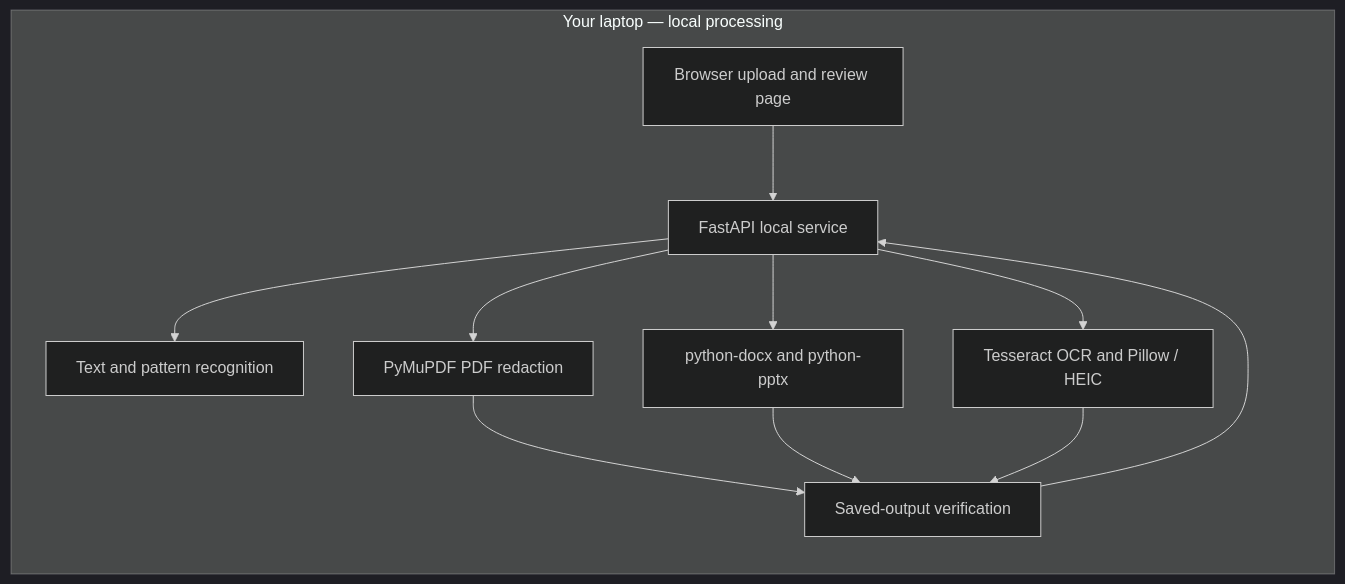
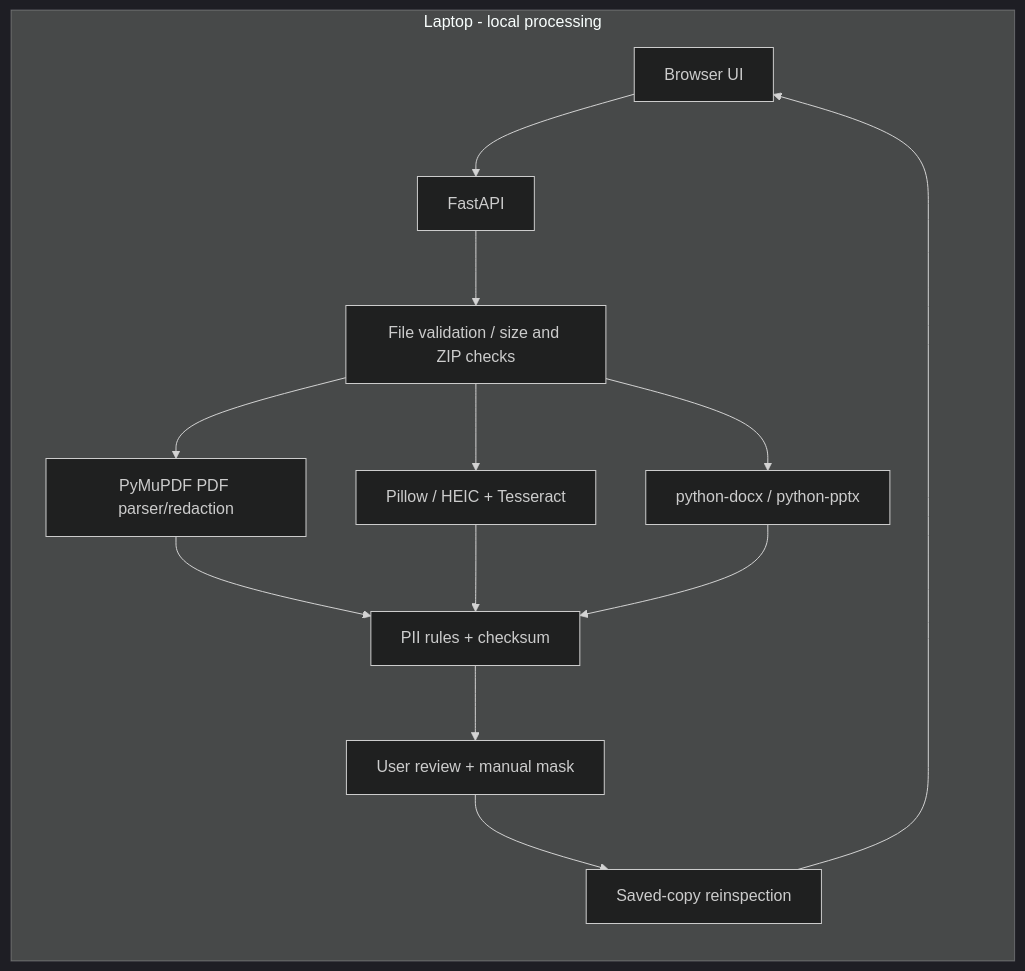
One commit to krutharth-dev/ShareShield changed the second of 2 diagrams in README.md. Above: the diagram before and after it, drawn with Mermaid (dark theme). The commit also changed other lines of this file, not shown here.

Commit message:
docs: align project overview with new review UI, Indian PII and manual masking

````diff
--- a/README.md
+++ b/README.md
@@ -54,14 +55,16 @@
-~~~mermaid
+```mermaid
 flowchart LR
-    subgraph Laptop[Your laptop — local processing]
-        UI[Browser upload and review page] --> API[FastAPI local service]
-        API --> R[Text and pattern recognition]
-        API --> OCR[Tesseract OCR and Pillow / HEIC]
-        API --> PDF[PyMuPDF PDF redaction]
-        API --> DOC[python-docx and python-pptx]
-        PDF --> V[Saved-output verification]
-        DOC --> V
-        OCR --> V
-        V --> API
+    subgraph Device["Laptop - local processing"]
+      B[Browser UI] --> API[FastAPI]
+      API --> C[File validation / size and ZIP checks]
+      C --> PDF[PyMuPDF PDF parser/redaction]
+      C --> IMG[Pillow / HEIC + Tesseract]
+      C --> DOC[python-docx / python-pptx]
+      PDF --> PAT[PII rules + checksum]
+      IMG --> PAT
+      DOC --> PAT
+      PAT --> USER[User review + manual mask]
+      USER --> VERIFY[Saved-copy reinspection]
+      VERIFY --> B
     end
-~~~
+```
````
